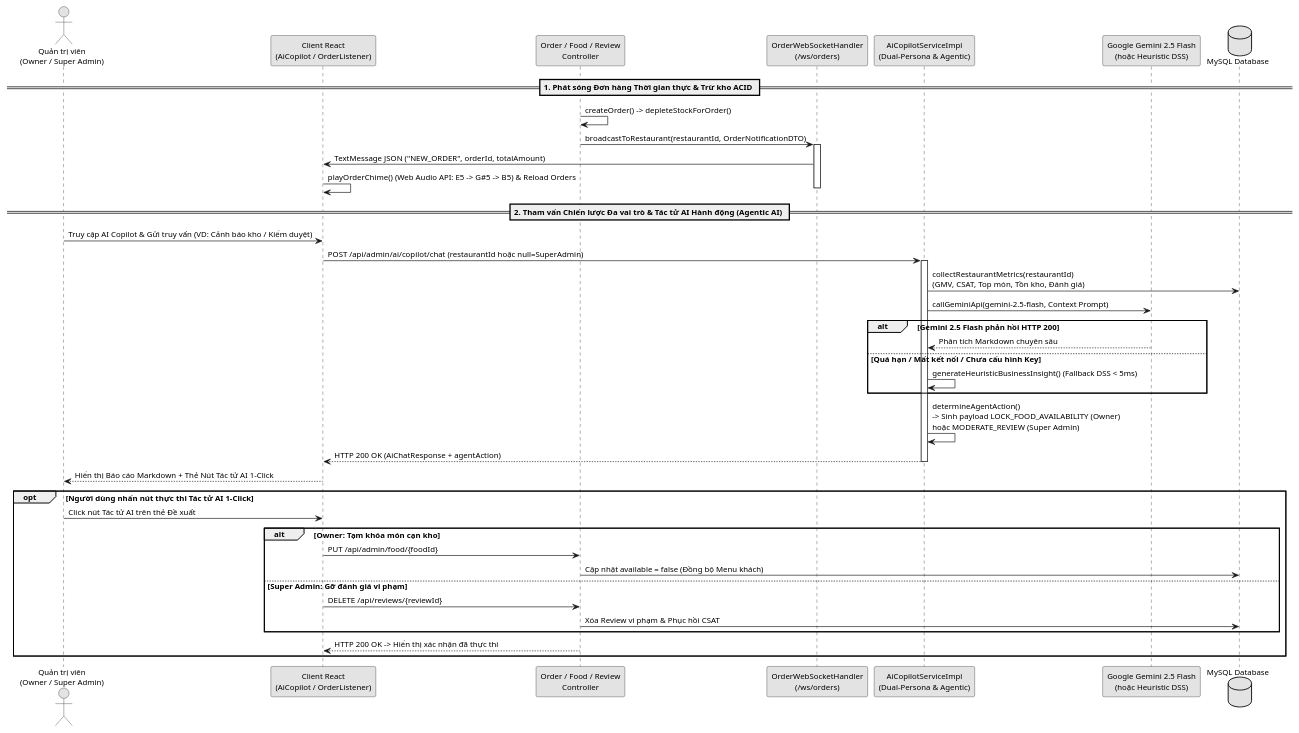
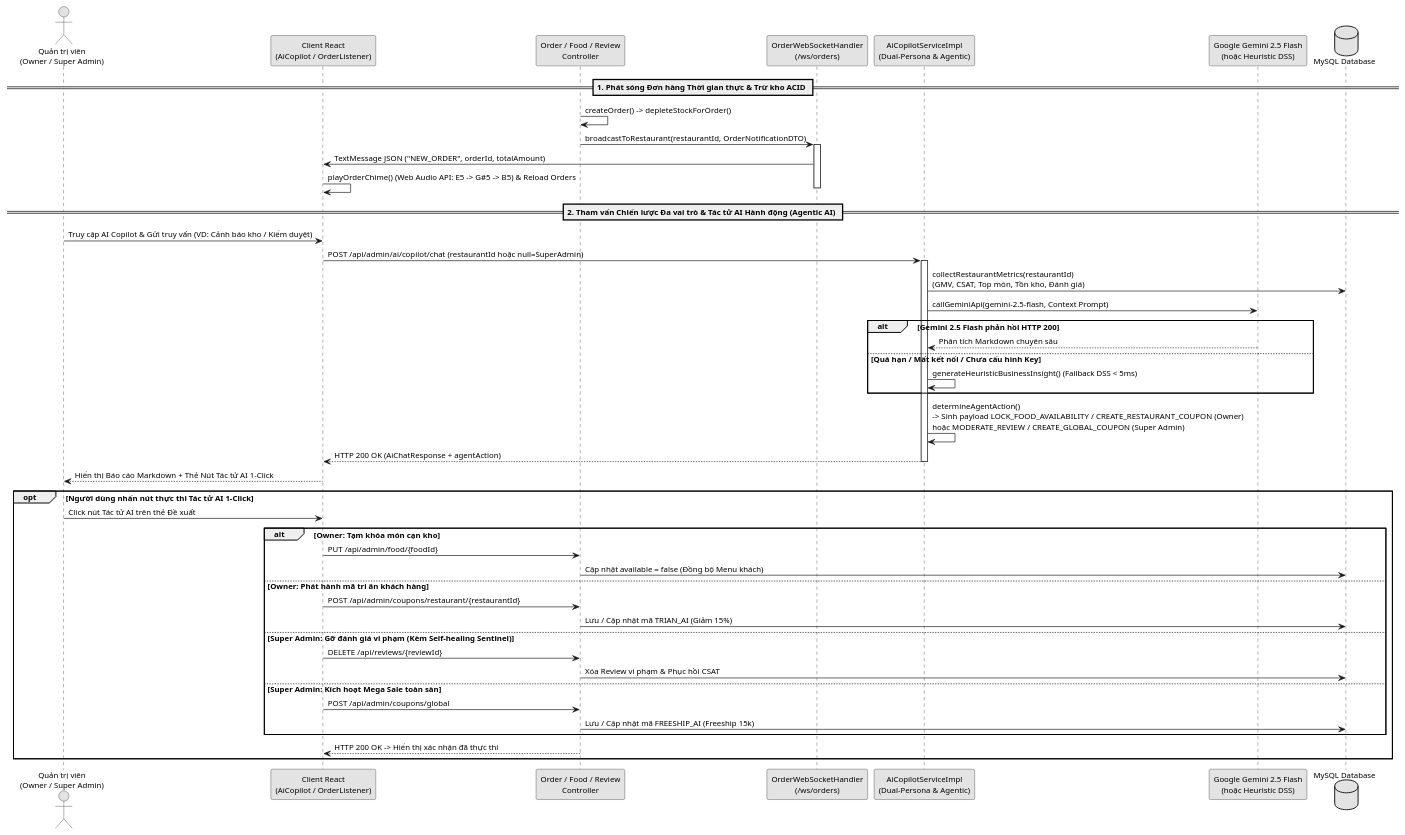
Before and after one commit to lequocanh1401/Online-Food-Ordering: the diagram in uet-graduation-thesis/figures/fig_sequence_websocket_ai.puml, drawn with PlantUML. The commit also changed 7 other files, not shown here.

```diff
--- a/uet-graduation-thesis/figures/fig_sequence_websocket_ai.puml
+++ b/uet-graduation-thesis/figures/fig_sequence_websocket_ai.puml
@@ -1,53 +1,59 @@
 @startuml
 skinparam monochrome true
 skinparam shadowing false
 skinparam defaultFontName "Segoe UI"
 skinparam DefaultFontSize 12
 
 actor "Quản trị viên\n(Owner / Super Admin)" as adminActor
 participant "Client React\n(AiCopilot / OrderListener)" as clientUI
 participant "Order / Food / Review\nController" as coreCtrl
 participant "OrderWebSocketHandler\n(/ws/orders)" as wsHandler
 participant "AiCopilotServiceImpl\n(Dual-Persona & Agentic)" as aiSvc
 participant "Google Gemini 2.5 Flash\n(hoặc Heuristic DSS)" as gemini
 database "MySQL Database" as db
 
 == 1. Phát sóng Đơn hàng Thời gian thực & Trừ kho ACID ==
 coreCtrl -> coreCtrl : createOrder() -> depleteStockForOrder()
 coreCtrl -> wsHandler : broadcastToRestaurant(restaurantId, OrderNotificationDTO)
 activate wsHandler
 wsHandler -> clientUI : TextMessage JSON ("NEW_ORDER", orderId, totalAmount)
 clientUI -> clientUI : playOrderChime() (Web Audio API: E5 -> G#5 -> B5) & Reload Orders
 deactivate wsHandler
 
 == 2. Tham vấn Chiến lược Đa vai trò & Tác tử AI Hành động (Agentic AI) ==
 adminActor -> clientUI : Truy cập AI Copilot & Gửi truy vấn (VD: Cảnh báo kho / Kiểm duyệt)
 clientUI -> aiSvc : POST /api/admin/ai/copilot/chat (restaurantId hoặc null=SuperAdmin)
 activate aiSvc
 
 aiSvc -> db : collectRestaurantMetrics(restaurantId)\n(GMV, CSAT, Top món, Tồn kho, Đánh giá)
 aiSvc -> gemini : callGeminiApi(gemini-2.5-flash, Context Prompt)
 alt Gemini 2.5 Flash phản hồi HTTP 200
     gemini --> aiSvc : Phân tích Markdown chuyên sâu
 else Quá hạn / Mất kết nối / Chưa cấu hình Key
     aiSvc -> aiSvc : generateHeuristicBusinessInsight() (Fallback DSS < 5ms)
 end
 
-aiSvc -> aiSvc : determineAgentAction()\n-> Sinh payload LOCK_FOOD_AVAILABILITY (Owner)\nhoặc MODERATE_REVIEW (Super Admin)
+aiSvc -> aiSvc : determineAgentAction()\n-> Sinh payload LOCK_FOOD_AVAILABILITY / CREATE_RESTAURANT_COUPON (Owner)\nhoặc MODERATE_REVIEW / CREATE_GLOBAL_COUPON (Super Admin)
 aiSvc --> clientUI : HTTP 200 OK (AiChatResponse + agentAction)
 deactivate aiSvc
 
 clientUI --> adminActor : Hiển thị Báo cáo Markdown + Thẻ Nút Tác tử AI 1-Click
 
 opt Người dùng nhấn nút thực thi Tác tử AI 1-Click
     adminActor -> clientUI : Click nút Tác tử AI trên thẻ Đề xuất
     alt Owner: Tạm khóa món cạn kho
         clientUI -> coreCtrl : PUT /api/admin/food/{foodId}
         coreCtrl -> db : Cập nhật available = false (Đồng bộ Menu khách)
-    else Super Admin: Gỡ đánh giá vi phạm
+    else Owner: Phát hành mã tri ân khách hàng
+        clientUI -> coreCtrl : POST /api/admin/coupons/restaurant/{restaurantId}
+        coreCtrl -> db : Lưu / Cập nhật mã TRIAN_AI (Giảm 15%)
+    else Super Admin: Gỡ đánh giá vi phạm (Kèm Self-healing Sentinel)
         clientUI -> coreCtrl : DELETE /api/reviews/{reviewId}
         coreCtrl -> db : Xóa Review vi phạm & Phục hồi CSAT
+    else Super Admin: Kích hoạt Mega Sale toàn sàn
+        clientUI -> coreCtrl : POST /api/admin/coupons/global
+        coreCtrl -> db : Lưu / Cập nhật mã FREESHIP_AI (Freeship 15k)
     end
     coreCtrl --> clientUI : HTTP 200 OK -> Hiển thị xác nhận đã thực thi
 end
 @enduml
```
